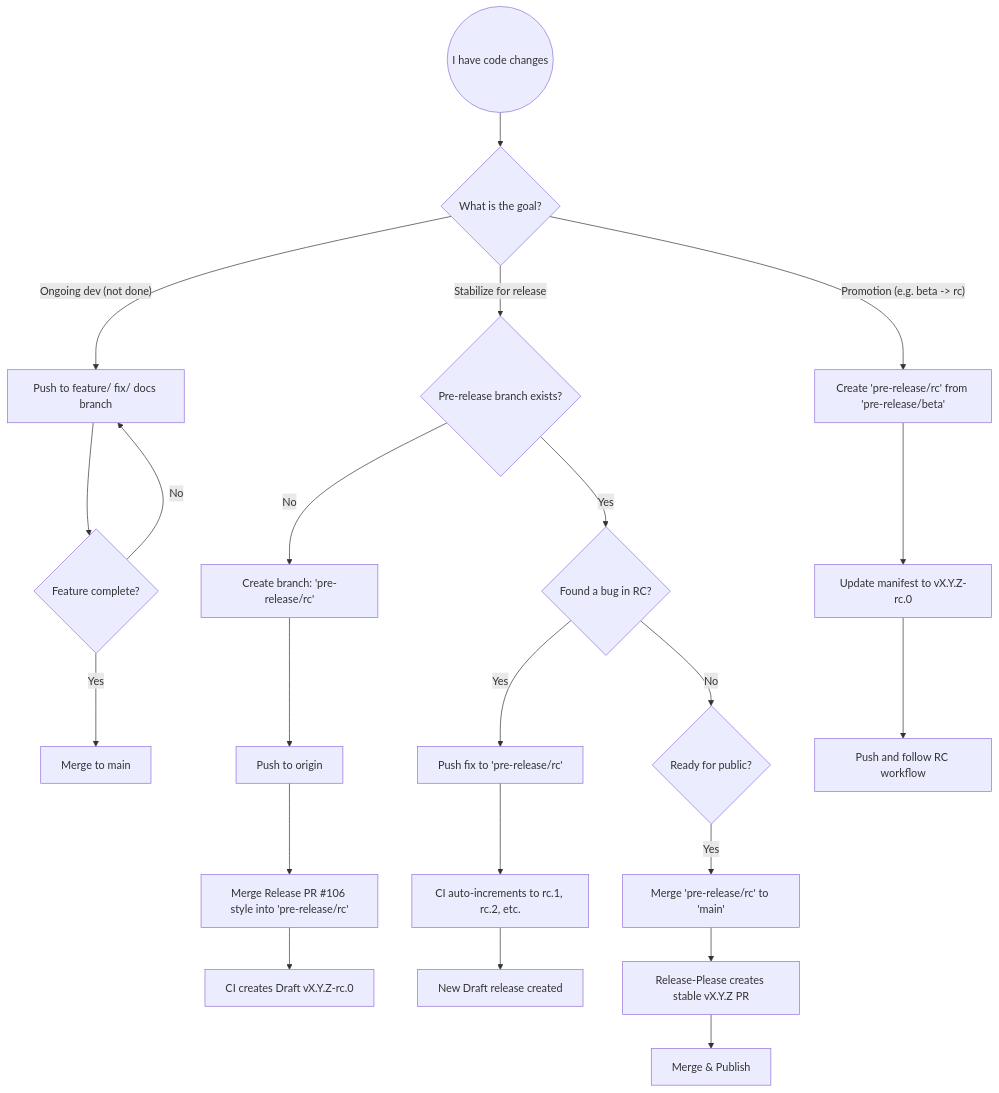
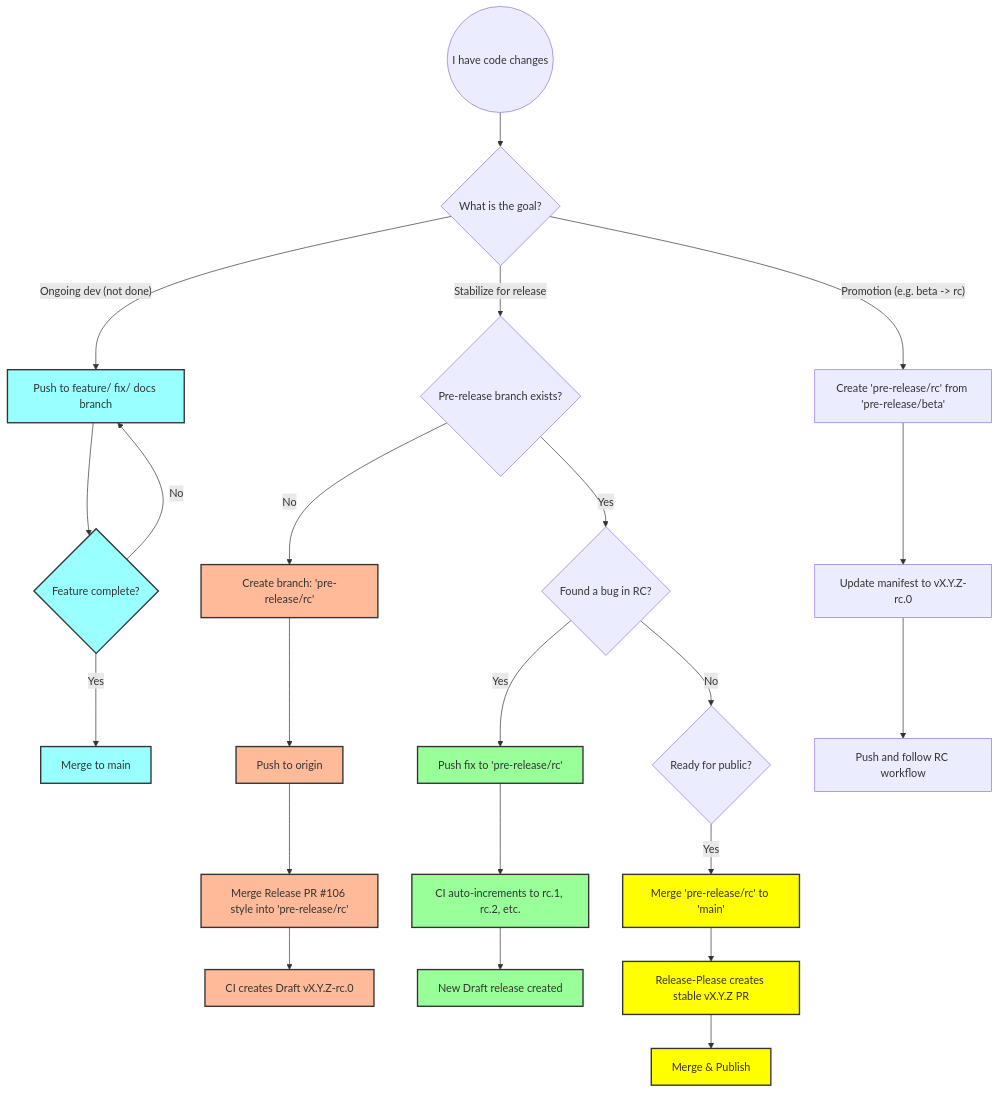
Before and after one commit to ptarmiganlabs/help-button.qs: the diagram in docs/PRE_RELEASE.md, drawn with Mermaid. The commit also changed other lines of this file, not shown here.

Commit message:
docs: enhance decision tree in pre-release process with color-coded classes

````diff
--- a/docs/PRE_RELEASE.md
+++ b/docs/PRE_RELEASE.md
@@ -9,30 +9,40 @@
 ```mermaid
 graph TD
+    classDef yellow fill:#ffff00,stroke:#333,stroke-width:2px;
+    classDef green fill:#9f9,stroke:#333,stroke-width:2px;
+    classDef blue fill:#9ff,stroke:#333,stroke-width:2px;
+    classDef orange fill:#fb9,stroke:#333,stroke-width:2px;
+
     Start((I have code changes)) --> Goal{What is the goal?}
     
     Goal -- "Ongoing dev (not done)" --> PathA[Push to feature/ fix/ docs branch]
     PathA --> FeatureFinish{Feature complete?}
     FeatureFinish -- No --> PathA
     FeatureFinish -- Yes --> MergeMain[Merge to main]
 
     Goal -- "Stabilize for release" --> IsBranch{Pre-release branch exists?}
     
     IsBranch -- No --> StartRC[Create branch: 'pre-release/rc']
     StartRC --> PushRC[Push to origin]
     PushRC --> PR_RC[Merge Release PR #106 style into 'pre-release/rc']
     PR_RC --> Draft0[CI creates Draft vX.Y.Z-rc.0]
 
     IsBranch -- Yes --> FoundBug{Found a bug in RC?}
     FoundBug -- Yes --> FixRC[Push fix to 'pre-release/rc']
     FixRC --> CI_Inc[CI auto-increments to rc.1, rc.2, etc.]
     CI_Inc --> DraftN[New Draft release created]
     
     FoundBug -- No --> FinalReady{Ready for public?}
     FinalReady -- Yes --> MergeToMain[Merge 'pre-release/rc' to 'main']
     MergeToMain --> StableRelease[Release-Please creates stable vX.Y.Z PR]
     StableRelease --> Publish[Merge & Publish]
     
     Goal -- "Promotion (e.g. beta -> rc)" --> PromoteBranch[Create 'pre-release/rc' from 'pre-release/beta']
     PromoteBranch --> ManUpdate[Update manifest to vX.Y.Z-rc.0]
     ManUpdate --> PushRCBranch[Push and follow RC workflow]
+
+    class PathA,FeatureFinish,MergeMain blue;
+    class StartRC,PushRC,PR_RC,Draft0 orange;
+    class FixRC,CI_Inc,DraftN green;
+    class MergeToMain,StableRelease,Publish yellow;
 ```
````
